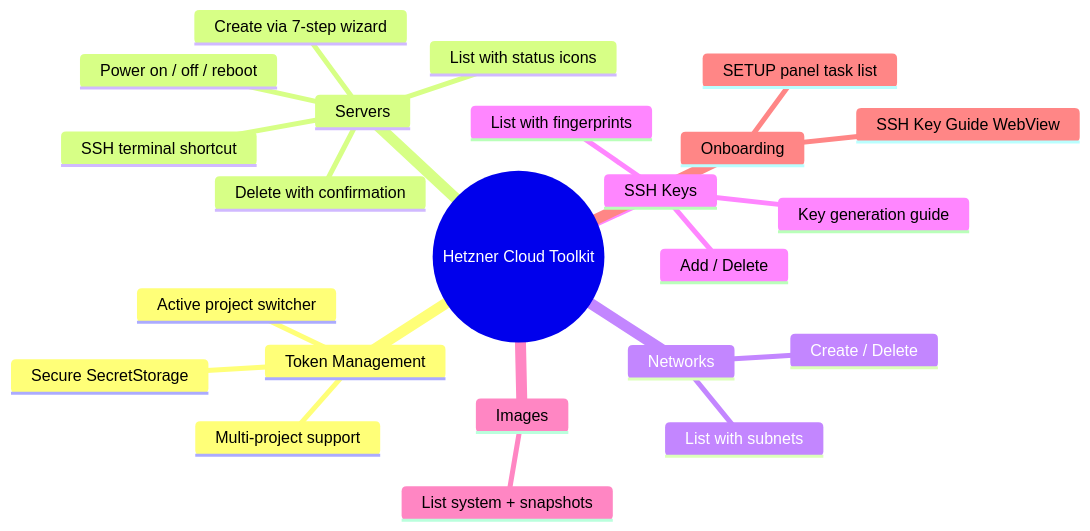
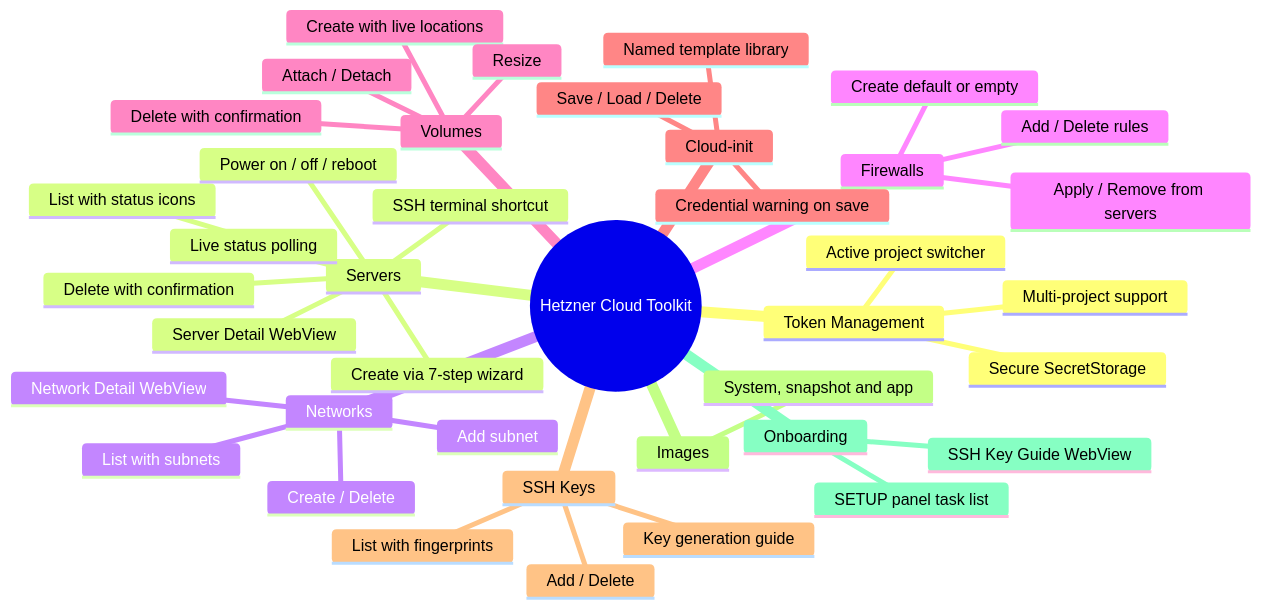
The first of 3 diagrams in ROADMAP.md (brwinnov/HetznerCloudToolkit), drawn with Mermaid before and after one commit. The commit also changed other lines of this file and 5 other files, not shown here.

````diff
--- a/ROADMAP.md
+++ b/ROADMAP.md
@@ -22,26 +30,43 @@
 ```mermaid
 mindmap
   root((Hetzner Cloud Toolkit))
     Token Management
       Multi-project support
       Secure SecretStorage
       Active project switcher
     Servers
       List with status icons
       Create via 7-step wizard
       Power on / off / reboot
       Delete with confirmation
       SSH terminal shortcut
+      Server Detail WebView
+      Live status polling
     Networks
       List with subnets
       Create / Delete
+      Add subnet
+      Network Detail WebView
+    Firewalls
+      Create default or empty
+      Add / Delete rules
+      Apply / Remove from servers
+    Volumes
+      Create with live locations
+      Attach / Detach
+      Resize
+      Delete with confirmation
+    Cloud-init
+      Named template library
+      Save / Load / Delete
+      Credential warning on save
     SSH Keys
       List with fingerprints
       Add / Delete
       Key generation guide
     Images
-      List system + snapshots
+      System, snapshot and app
     Onboarding
       SETUP panel task list
       SSH Key Guide WebView
 ```
````
